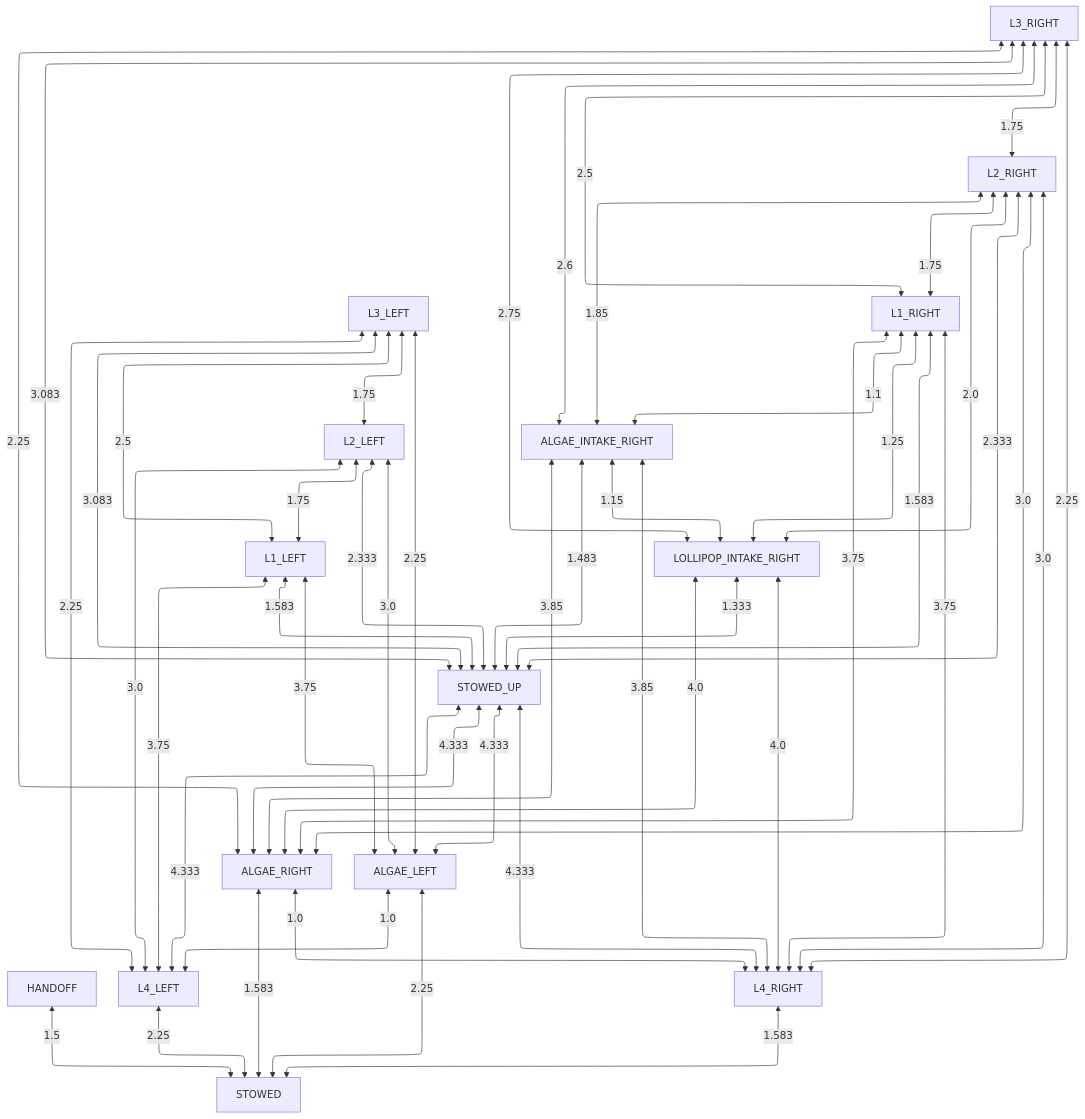
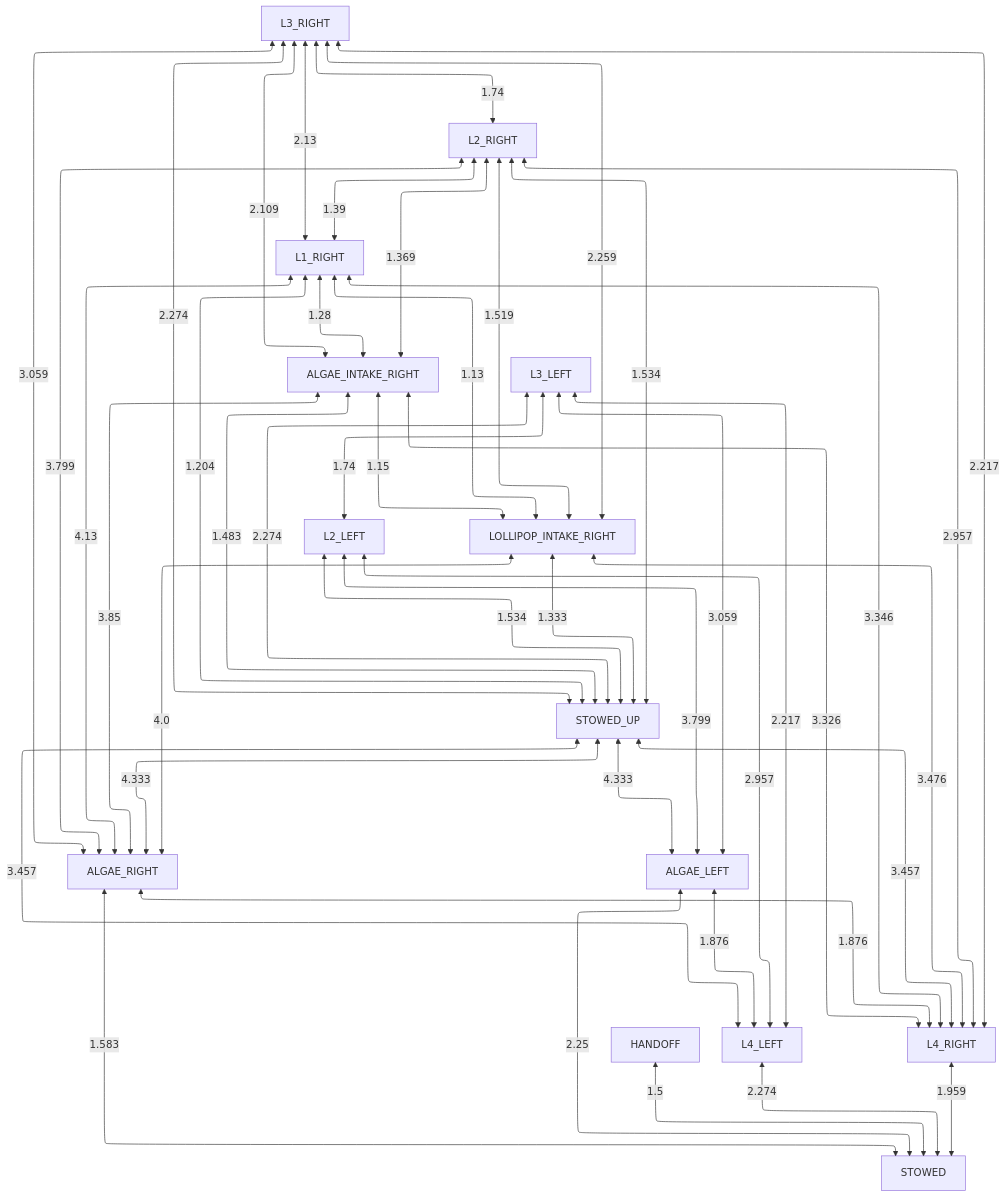
One commit to team581/offseason-2025-comp changed the diagram in docs/collision_avoidance/no_obstruction.md. Above: the diagram before and after it, drawn with Mermaid. The commit also changed 9 other files, not shown here.

````diff
--- a/docs/collision_avoidance/no_obstruction.md
+++ b/docs/collision_avoidance/no_obstruction.md
@@ -3,53 +3,48 @@
 ```mermaid
 %%{ init: { "flowchart": { "defaultRenderer": "elk" } } }%%
 graph TD
 
 HANDOFF <-- 1.5 --> STOWED
-L4_LEFT <-- 2.25 --> STOWED
-L4_RIGHT <-- 1.583 --> STOWED
+L4_LEFT <-- 2.274 --> STOWED
+L4_RIGHT <-- 1.959 --> STOWED
 ALGAE_RIGHT <-- 1.583 --> STOWED
 ALGAE_LEFT <-- 2.25 --> STOWED
-STOWED_UP <-- 4.333 --> L4_LEFT
-L1_LEFT <-- 3.75 --> L4_LEFT
-L2_LEFT <-- 3.0 --> L4_LEFT
-L3_LEFT <-- 2.25 --> L4_LEFT
-ALGAE_LEFT <-- 1.0 --> L4_LEFT
-STOWED_UP <-- 4.333 --> L4_RIGHT
-ALGAE_INTAKE_RIGHT <-- 3.85 --> L4_RIGHT
-LOLLIPOP_INTAKE_RIGHT <-- 4.0 --> L4_RIGHT
-L1_RIGHT <-- 3.75 --> L4_RIGHT
-L2_RIGHT <-- 3.0 --> L4_RIGHT
-L3_RIGHT <-- 2.25 --> L4_RIGHT
-ALGAE_RIGHT <-- 1.0 --> L4_RIGHT
+STOWED_UP <-- 3.457 --> L4_LEFT
+L2_LEFT <-- 2.957 --> L4_LEFT
+L3_LEFT <-- 2.217 --> L4_LEFT
+ALGAE_LEFT <-- 1.876 --> L4_LEFT
+STOWED_UP <-- 3.457 --> L4_RIGHT
+ALGAE_INTAKE_RIGHT <-- 3.326 --> L4_RIGHT
+LOLLIPOP_INTAKE_RIGHT <-- 3.476 --> L4_RIGHT
+L1_RIGHT <-- 3.346 --> L4_RIGHT
+L2_RIGHT <-- 2.957 --> L4_RIGHT
+L3_RIGHT <-- 2.217 --> L4_RIGHT
+ALGAE_RIGHT <-- 1.876 --> L4_RIGHT
 STOWED_UP <-- 4.333 --> ALGAE_RIGHT
 ALGAE_INTAKE_RIGHT <-- 3.85 --> ALGAE_RIGHT
 LOLLIPOP_INTAKE_RIGHT <-- 4.0 --> ALGAE_RIGHT
-L1_RIGHT <-- 3.75 --> ALGAE_RIGHT
-L2_RIGHT <-- 3.0 --> ALGAE_RIGHT
-L3_RIGHT <-- 2.25 --> ALGAE_RIGHT
+L1_RIGHT <-- 4.13 --> ALGAE_RIGHT
+L2_RIGHT <-- 3.799 --> ALGAE_RIGHT
+L3_RIGHT <-- 3.059 --> ALGAE_RIGHT
 STOWED_UP <-- 4.333 --> ALGAE_LEFT
-L1_LEFT <-- 3.75 --> ALGAE_LEFT
-L2_LEFT <-- 3.0 --> ALGAE_LEFT
-L3_LEFT <-- 2.25 --> ALGAE_LEFT
+L2_LEFT <-- 3.799 --> ALGAE_LEFT
+L3_LEFT <-- 3.059 --> ALGAE_LEFT
 LOLLIPOP_INTAKE_RIGHT <-- 1.333 --> STOWED_UP
 ALGAE_INTAKE_RIGHT <-- 1.483 --> STOWED_UP
-L1_LEFT <-- 1.583 --> STOWED_UP
-L2_LEFT <-- 2.333 --> STOWED_UP
-L3_LEFT <-- 3.083 --> STOWED_UP
-L1_RIGHT <-- 1.583 --> STOWED_UP
-L2_RIGHT <-- 2.333 --> STOWED_UP
-L3_RIGHT <-- 3.083 --> STOWED_UP
+L2_LEFT <-- 1.534 --> STOWED_UP
+L3_LEFT <-- 2.274 --> STOWED_UP
+L1_RIGHT <-- 1.204 --> STOWED_UP
+L2_RIGHT <-- 1.534 --> STOWED_UP
+L3_RIGHT <-- 2.274 --> STOWED_UP
 ALGAE_INTAKE_RIGHT <-- 1.15 --> LOLLIPOP_INTAKE_RIGHT
-L1_RIGHT <-- 1.25 --> LOLLIPOP_INTAKE_RIGHT
-L2_RIGHT <-- 2.0 --> LOLLIPOP_INTAKE_RIGHT
-L3_RIGHT <-- 2.75 --> LOLLIPOP_INTAKE_RIGHT
-L1_RIGHT <-- 1.1 --> ALGAE_INTAKE_RIGHT
-L2_RIGHT <-- 1.85 --> ALGAE_INTAKE_RIGHT
-L3_RIGHT <-- 2.6 --> ALGAE_INTAKE_RIGHT
-L2_LEFT <-- 1.75 --> L1_LEFT
-L3_LEFT <-- 2.5 --> L1_LEFT
-L3_LEFT <-- 1.75 --> L2_LEFT
-L2_RIGHT <-- 1.75 --> L1_RIGHT
-L3_RIGHT <-- 2.5 --> L1_RIGHT
-L3_RIGHT <-- 1.75 --> L2_RIGHT
+L1_RIGHT <-- 1.13 --> LOLLIPOP_INTAKE_RIGHT
+L2_RIGHT <-- 1.519 --> LOLLIPOP_INTAKE_RIGHT
+L3_RIGHT <-- 2.259 --> LOLLIPOP_INTAKE_RIGHT
+L1_RIGHT <-- 1.28 --> ALGAE_INTAKE_RIGHT
+L2_RIGHT <-- 1.369 --> ALGAE_INTAKE_RIGHT
+L3_RIGHT <-- 2.109 --> ALGAE_INTAKE_RIGHT
+L3_LEFT <-- 1.74 --> L2_LEFT
+L2_RIGHT <-- 1.39 --> L1_RIGHT
+L3_RIGHT <-- 2.13 --> L1_RIGHT
+L3_RIGHT <-- 1.74 --> L2_RIGHT
 ```
````
